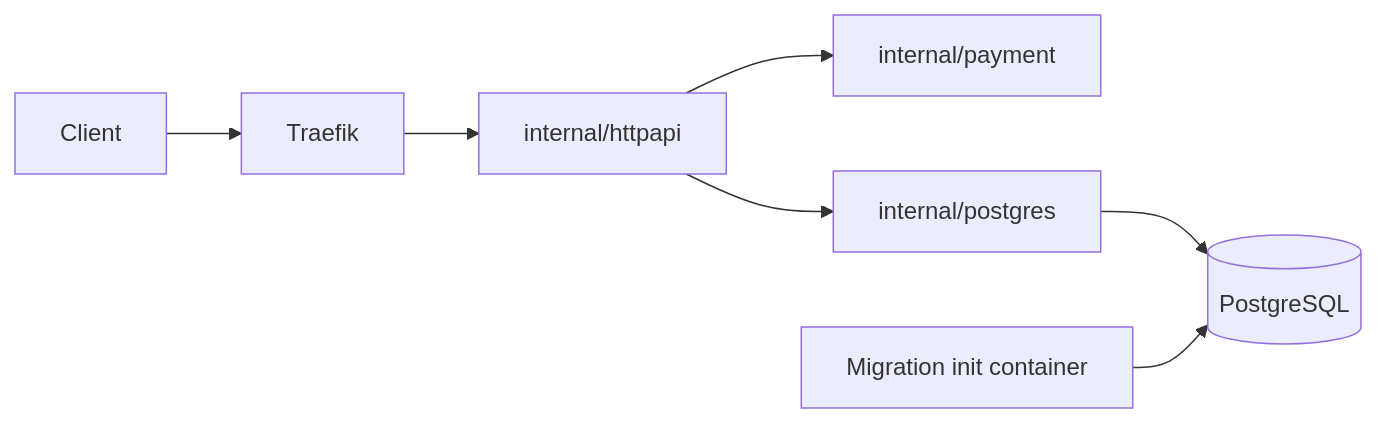
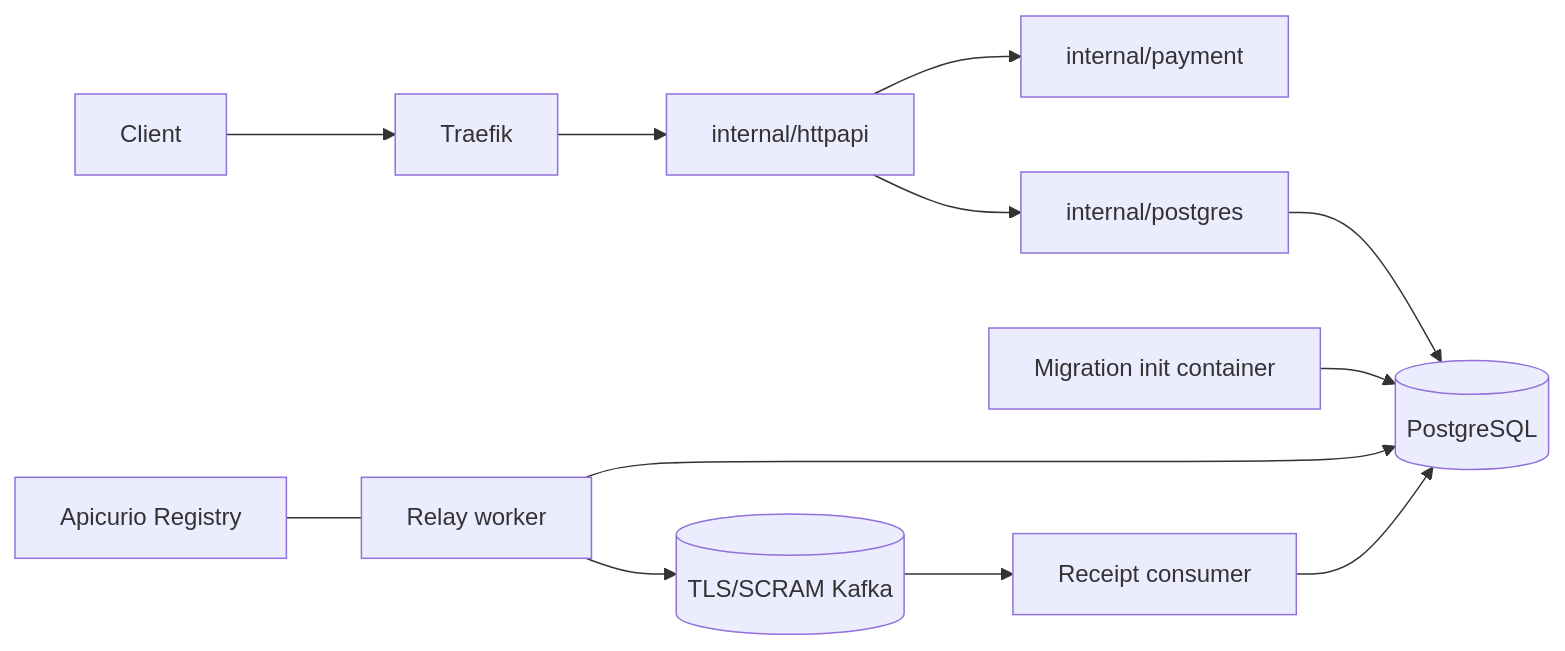
The first of 2 diagrams in docs/architecture/payment-api-lld.md (varunpathania86/realtime-payment-platform), drawn with Mermaid before and after one commit. The commit also changed other lines of this file and 98 other files, not shown here.

````diff
--- a/docs/architecture/payment-api-lld.md
+++ b/docs/architecture/payment-api-lld.md
@@ -14,8 +15,13 @@
 ```mermaid
 flowchart LR
   Client --> Traefik --> HTTP[internal/httpapi]
   HTTP --> Domain[internal/payment]
   HTTP --> Store[internal/postgres]
   Store --> PG[(PostgreSQL)]
   Init[Migration init container] --> PG
+  Relay[Relay worker] --> PG
+  Relay --> Kafka[(TLS/SCRAM Kafka)]
+  Registry[Apicurio Registry] --- Relay
+  Kafka --> Consumer[Receipt consumer]
+  Consumer --> PG
 ```
````
